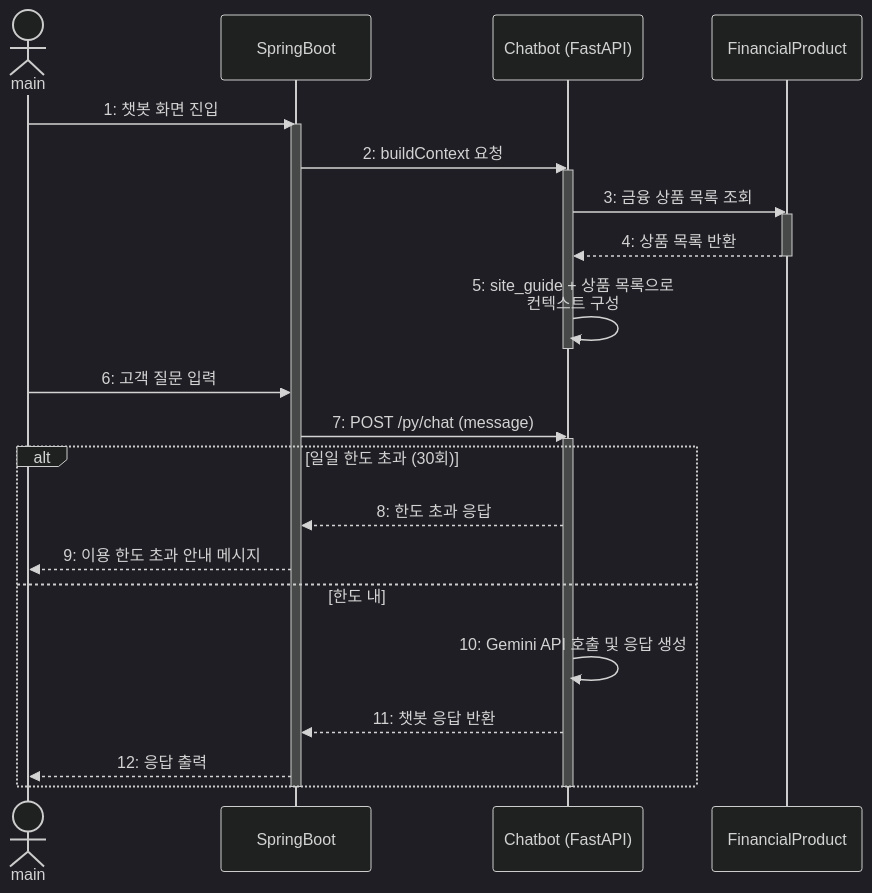
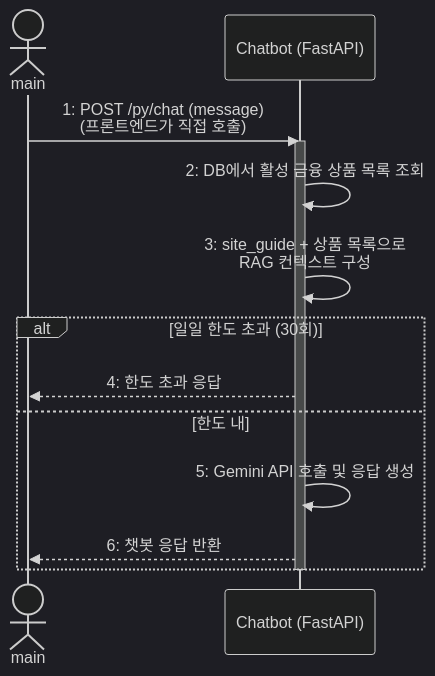
The ninth of 11 diagrams in Design_[21622137_최재영].md (silversky621/BankScope), drawn with Mermaid (dark theme) before and after one commit. The commit also changed other lines of this file and 3 other files, not shown here.

````diff
--- a/Design_[21622137_최재영].md
+++ b/Design_[21622137_최재영].md
@@ -484,32 +495,17 @@
 ```mermaid
 sequenceDiagram
     actor main
-    participant SpringBoot
     participant CB as Chatbot (FastAPI)
-    participant FP as FinancialProduct
 
-    main->>SpringBoot: 1: 챗봇 화면 진입
-    activate SpringBoot
-    SpringBoot->>CB: 2: buildContext 요청
+    main->>CB: 1: POST /py/chat (message)<br/>(프론트엔드가 직접 호출)
     activate CB
-    CB->>FP: 3: 금융 상품 목록 조회
-    activate FP
-    FP-->>CB: 4: 상품 목록 반환
-    deactivate FP
-    CB->>CB: 5: site_guide + 상품 목록으로<br/>컨텍스트 구성
-    deactivate CB
-
-    main->>SpringBoot: 6: 고객 질문 입력
-    SpringBoot->>CB: 7: POST /py/chat (message)
-    activate CB
+    CB->>CB: 2: DB에서 활성 금융 상품 목록 조회
+    CB->>CB: 3: site_guide + 상품 목록으로<br/>RAG 컨텍스트 구성
     alt 일일 한도 초과 (30회)
-        CB-->>SpringBoot: 8: 한도 초과 응답
-        SpringBoot-->>main: 9: 이용 한도 초과 안내 메시지
+        CB-->>main: 4: 한도 초과 응답
     else 한도 내
-        CB->>CB: 10: Gemini API 호출 및 응답 생성
-        CB-->>SpringBoot: 11: 챗봇 응답 반환
-        SpringBoot-->>main: 12: 응답 출력
+        CB->>CB: 5: Gemini API 호출 및 응답 생성
+        CB-->>main: 6: 챗봇 응답 반환
     end
     deactivate CB
-    deactivate SpringBoot
 ```
````
